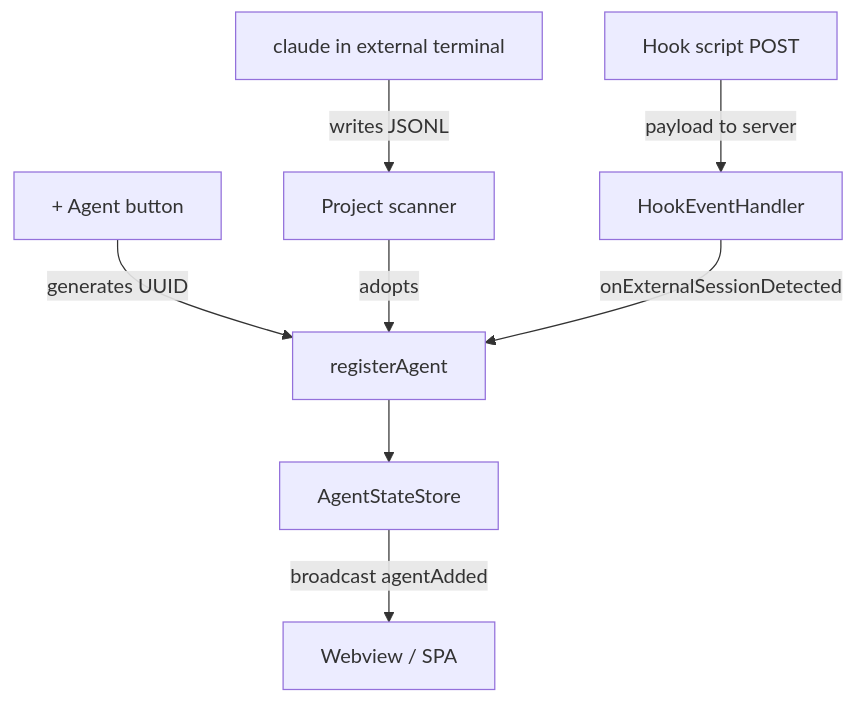
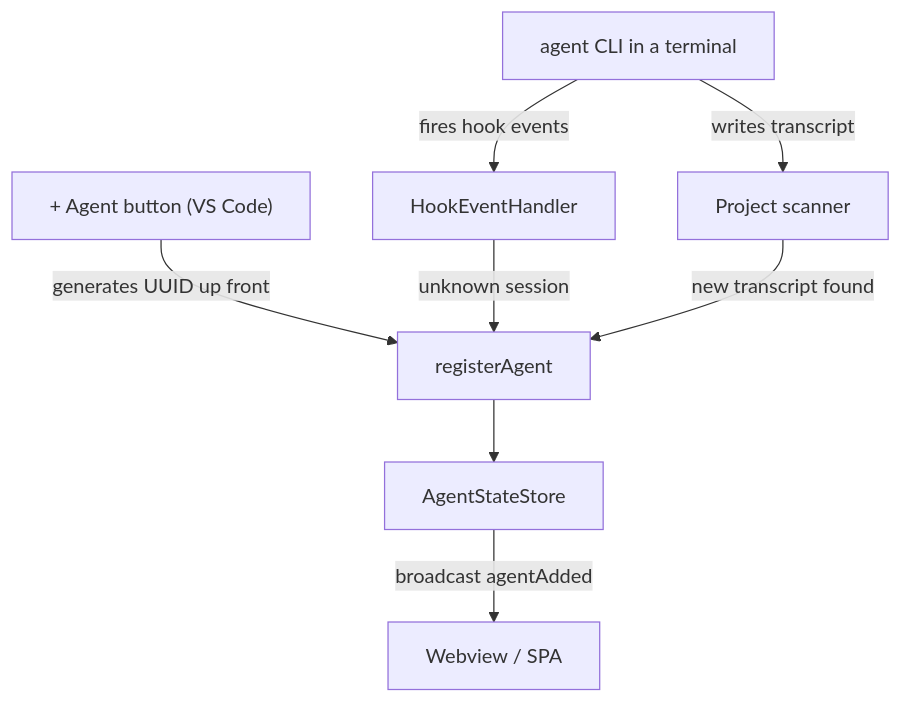
The second of 2 diagrams in docs/learn/agent-lifecycle.md (florintimbuc/docs), drawn with Mermaid before and after one commit. The commit also changed other lines of this file and 19 other files, not shown here.

````diff
--- a/docs/learn/agent-lifecycle.md
+++ b/docs/learn/agent-lifecycle.md
@@ -240,10 +23,10 @@
 ```mermaid
 graph TD
-  Spawn[+ Agent button] -->|generates UUID| Reg[registerAgent]
-  External[claude in external terminal] -->|writes JSONL| Scan[Project scanner]
-  Scan -->|adopts| Reg
-  Hook[Hook script POST] -->|payload to server| HEH[HookEventHandler]
-  HEH -->|onExternalSessionDetected| Reg
+  CLI[agent CLI in a terminal] -->|fires hook events| HEH[HookEventHandler]
+  CLI -->|writes transcript| Scan[Project scanner]
+  Spawn["+ Agent button (VS Code)"] -->|generates UUID up front| Reg[registerAgent]
+  HEH -->|unknown session| Reg
+  Scan -->|new transcript found| Reg
   Reg --> Store[AgentStateStore]
   Store -->|broadcast agentAdded| UI[Webview / SPA]
 ```
````
